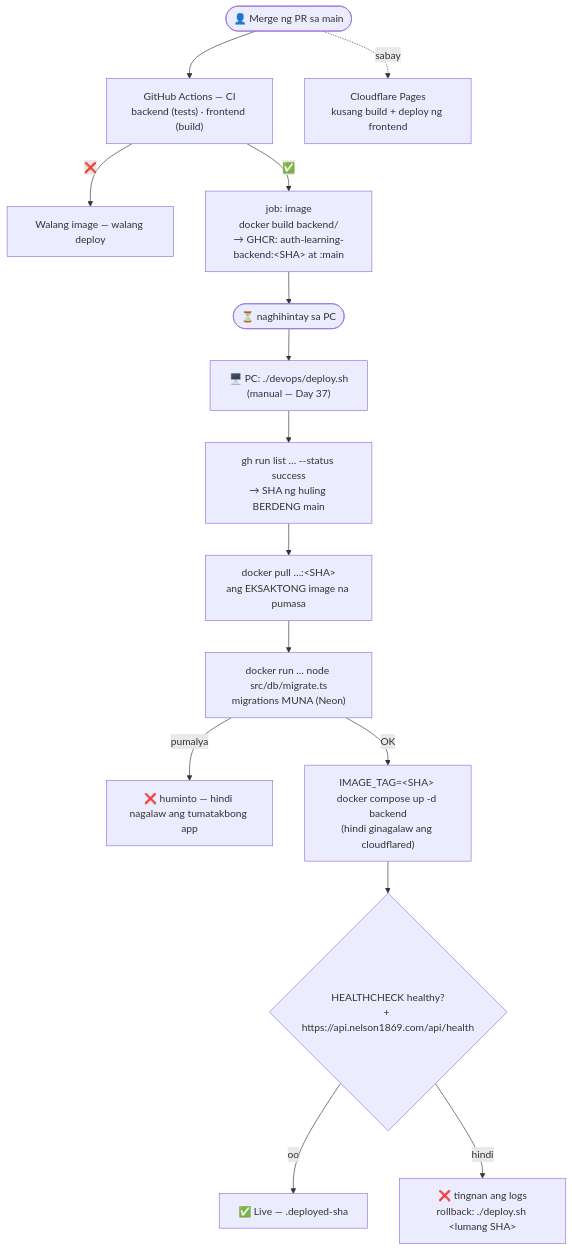
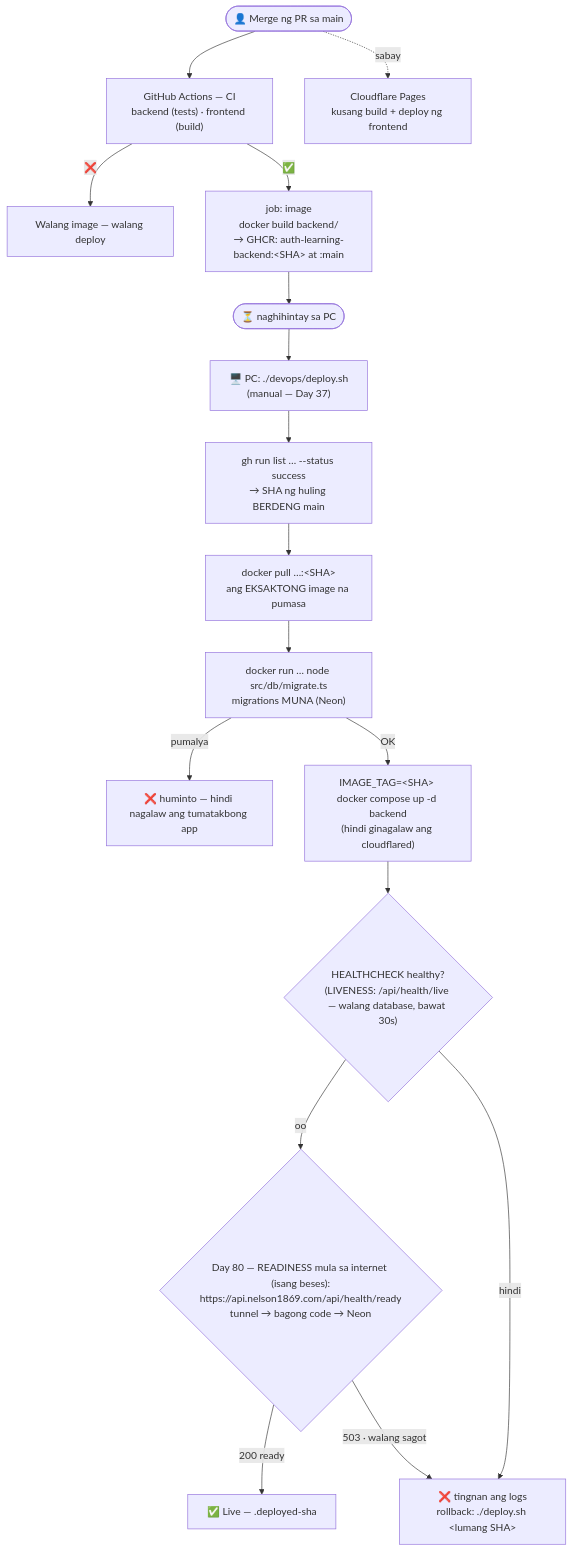
One commit to nelson1869-ai/auth-learning changed the diagram in docs/diagrams/09-cd-pipeline.md. Above: the diagram before and after it, drawn with Mermaid. The commit also changed other lines of this file and 10 other files, not shown here.

First line of the commit message:
docs: Day 80 health checks .http, CD diagram, contract, journal

````diff
--- a/docs/diagrams/09-cd-pipeline.md
+++ b/docs/diagrams/09-cd-pipeline.md
@@ -8,17 +8,19 @@
 ```mermaid
 flowchart TD
     Merge(["👤 Merge ng PR sa main"]) --> CI["GitHub Actions — CI<br/>backend (tests) · frontend (build)"]
     CI -->|"❌"| Stop["Walang image — walang deploy"]
     CI -->|"✅"| Img["job: image<br/>docker build backend/<br/>→ GHCR: auth-learning-backend:&lt;SHA&gt; at :main"]
     Merge -.->|"sabay"| Pages["Cloudflare Pages<br/>kusang build + deploy ng frontend"]
     Img --> Wait(["⏳ naghihintay sa PC"])
     Wait --> Deploy["🖥️ PC: ./devops/deploy.sh<br/>(manual — Day 37)"]
     Deploy --> Pick["gh run list … --status success<br/>→ SHA ng huling BERDENG main"]
     Pick --> Pull["docker pull …:&lt;SHA&gt;<br/>ang EKSAKTONG image na pumasa"]
     Pull --> Mig["docker run … node src/db/migrate.ts<br/>migrations MUNA (Neon)"]
     Mig -->|"pumalya"| Abort["❌ huminto — hindi nagalaw ang tumatakbong app"]
     Mig -->|"OK"| Up["IMAGE_TAG=&lt;SHA&gt; docker compose up -d backend<br/>(hindi ginagalaw ang cloudflared)"]
-    Up --> Health{"HEALTHCHECK healthy?<br/>+ https://api.nelson1869.com/api/health"}
-    Health -->|"oo"| Live["✅ Live — .deployed-sha"]
+    Up --> Health{"HEALTHCHECK healthy?<br/>(LIVENESS: /api/health/live — walang database, bawat 30s)"}
+    Health -->|"oo"| Ready{"Day 80 — READINESS mula sa internet (isang beses):<br/>https://api.nelson1869.com/api/health/ready<br/>tunnel → bagong code → Neon"}
     Health -->|"hindi"| Fail["❌ tingnan ang logs<br/>rollback: ./deploy.sh &lt;lumang SHA&gt;"]
+    Ready -->|"200 ready"| Live["✅ Live — .deployed-sha"]
+    Ready -->|"503 · walang sagot"| Fail
 ```
````
